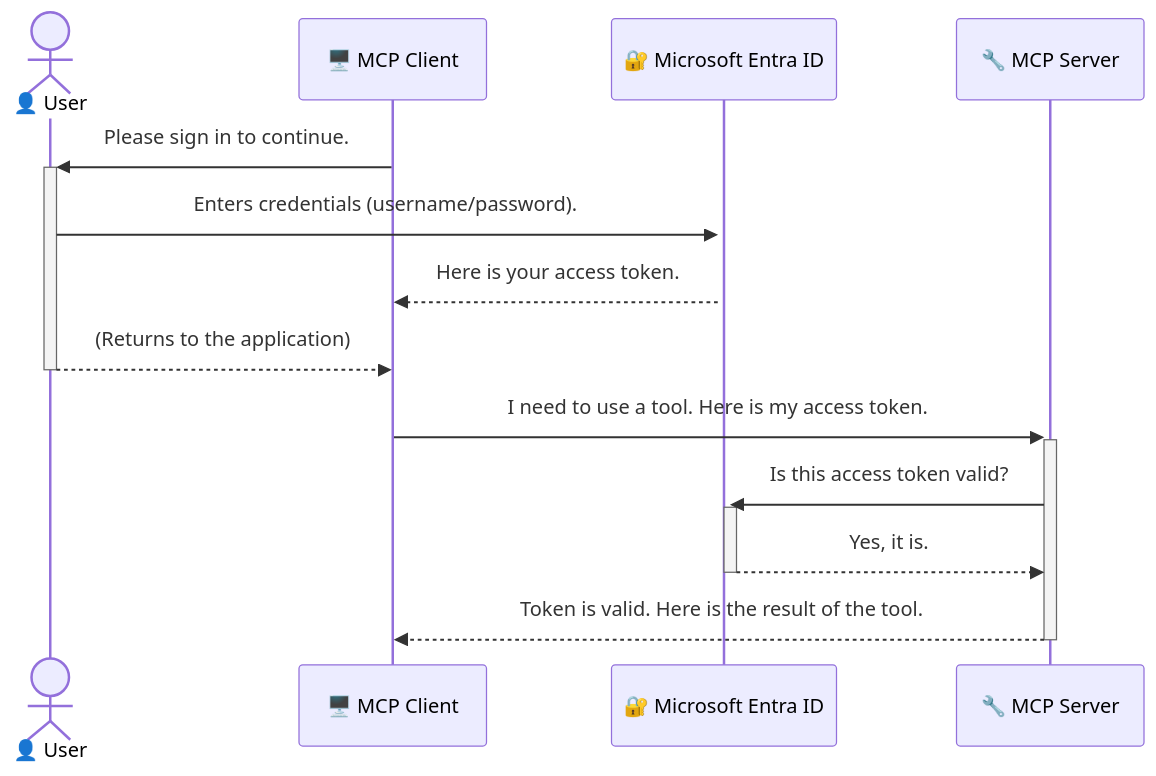
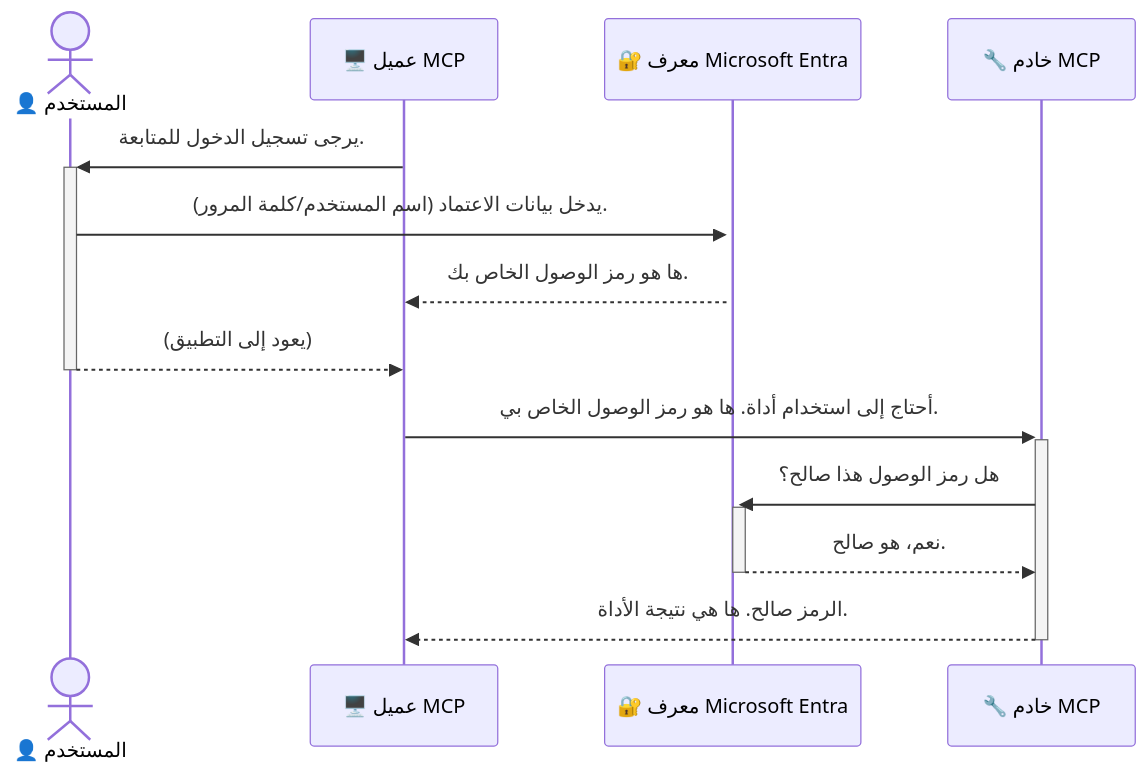
The diagram in mcp_ecosystem__model_context_protocol/mcp_learning_resources/mcp-for-beginners/translations/ar/05-AdvancedTopics/mcp-security-entra/README.md (HIDORAKAI002/ai-workspace-archive), drawn with Mermaid before and after one commit. The commit also changed other lines of this file and 1539 other files, not shown here.

Commit message:
chore(sync): Update microsoft/mcp-for-beginners

````diff
--- a/mcp_ecosystem__model_context_protocol/mcp_learning_resources/mcp-for-beginners/translations/ar/05-AdvancedTopics/mcp-security-entra/README.md
+++ b/mcp_ecosystem__model_context_protocol/mcp_learning_resources/mcp-for-beginners/translations/ar/05-AdvancedTopics/mcp-security-entra/README.md
@@ -61,17 +61,17 @@
 ```mermaid
 sequenceDiagram
-    actor User as 👤 User
-    participant Client as 🖥️ MCP Client
-    participant Entra as 🔐 Microsoft Entra ID
-    participant Server as 🔧 MCP Server
+    actor User as 👤 المستخدم
+    participant Client as 🖥️ عميل MCP
+    participant Entra as 🔐 معرف Microsoft Entra
+    participant Server as 🔧 خادم MCP
 
-    Client->>+User: Please sign in to continue.
-    User->>+Entra: Enters credentials (username/password).
-    Entra-->>Client: Here is your access token.
-    User-->>-Client: (Returns to the application)
+    Client->>+User: يرجى تسجيل الدخول للمتابعة.
+    User->>+Entra: يدخل بيانات الاعتماد (اسم المستخدم/كلمة المرور).
+    Entra-->>Client: ها هو رمز الوصول الخاص بك.
+    User-->>-Client: (يعود إلى التطبيق)
 
-    Client->>+Server: I need to use a tool. Here is my access token.
-    Server->>+Entra: Is this access token valid?
-    Entra-->>-Server: Yes, it is.
-    Server-->>-Client: Token is valid. Here is the result of the tool.
+    Client->>+Server: أحتاج إلى استخدام أداة. ها هو رمز الوصول الخاص بي.
+    Server->>+Entra: هل رمز الوصول هذا صالح؟
+    Entra-->>-Server: نعم، هو صالح.
+    Server-->>-Client: الرمز صالح. ها هي نتيجة الأداة.
 ```
````
